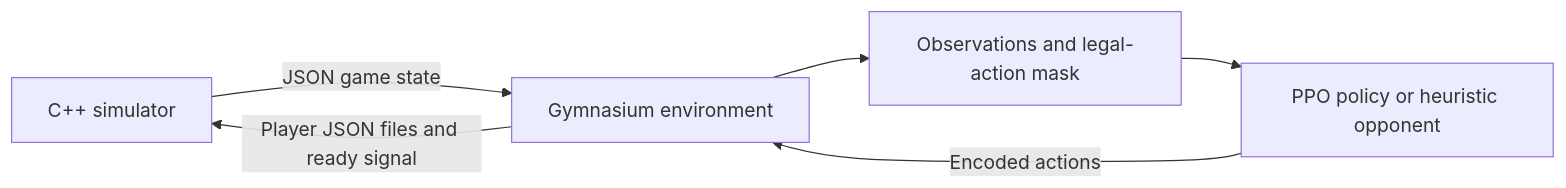
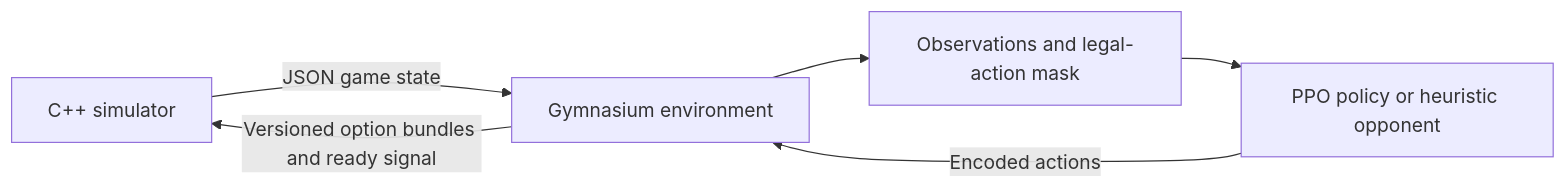
Before and after one commit to martenkrohn/seven-wonders-rl: the diagram in README.md, drawn with Mermaid. The commit also changed other lines of this file and 10 other files, not shown here.

````diff
--- a/README.md
+++ b/README.md
@@ -26,8 +31,8 @@
 ```mermaid
 flowchart LR
     A[C++ simulator] -->|JSON game state| B[Gymnasium environment]
     B --> C[Observations and legal-action mask]
     C --> D[PPO policy or heuristic opponent]
     D -->|Encoded actions| B
-    B -->|Player JSON files and ready signal| A
+    B -->|Versioned option bundles and ready signal| A
 ```
````
